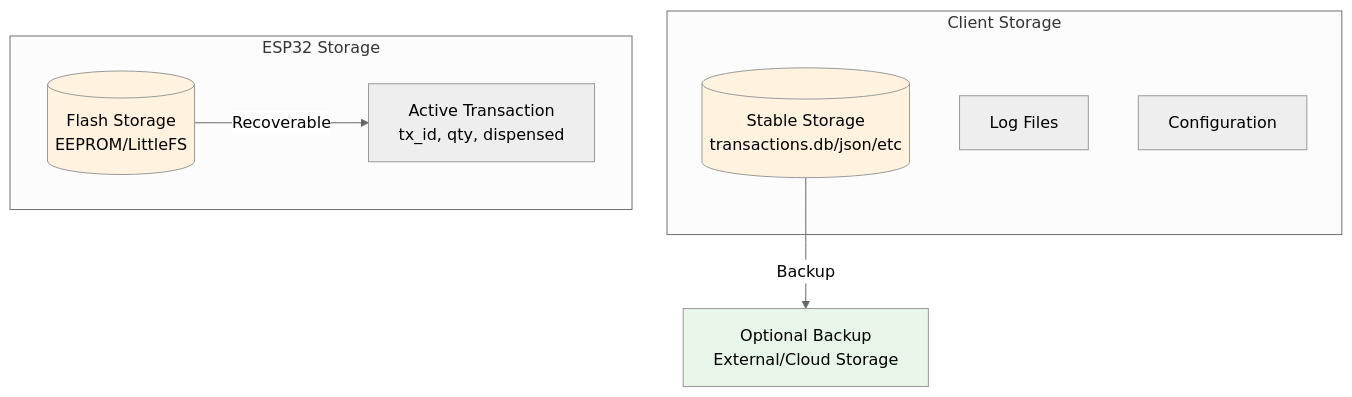
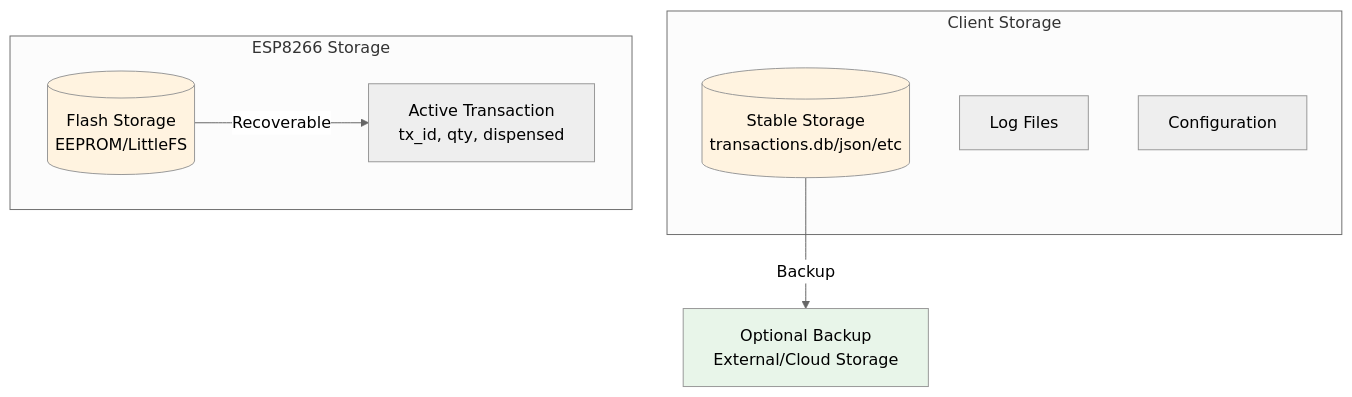
Diagram 18 of 26 in ARCHITECTURE.md (dgloeckner/remote-token-dispenser), drawn with Mermaid (neutral theme) before and after one commit. The commit also changed other lines of this file and 21 other files, not shown here.

````diff
--- a/ARCHITECTURE.md
+++ b/ARCHITECTURE.md
@@ -845,20 +845,20 @@
 ```mermaid
 graph TB
     subgraph "Client Storage"
         StableStorage[(Stable Storage<br/>transactions.db/json/etc)]
         Logs[Log Files]
         Config[Configuration]
     end
 
-    subgraph "ESP32 Storage"
+    subgraph "ESP8266 Storage"
         Flash[(Flash Storage<br/>EEPROM/LittleFS)]
         FlashData[Active Transaction<br/>tx_id, qty, dispensed]
     end
 
     StableStorage -->|Backup| Backup[Optional Backup<br/>External/Cloud Storage]
     Flash -->|Recoverable| FlashData
 
     style StableStorage fill:#fff3e0
     style Flash fill:#fff3e0
     style Backup fill:#e8f5e9
 ```
````
